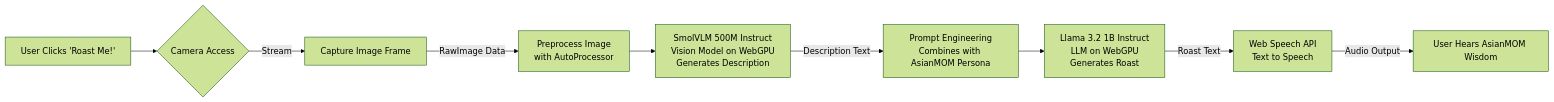
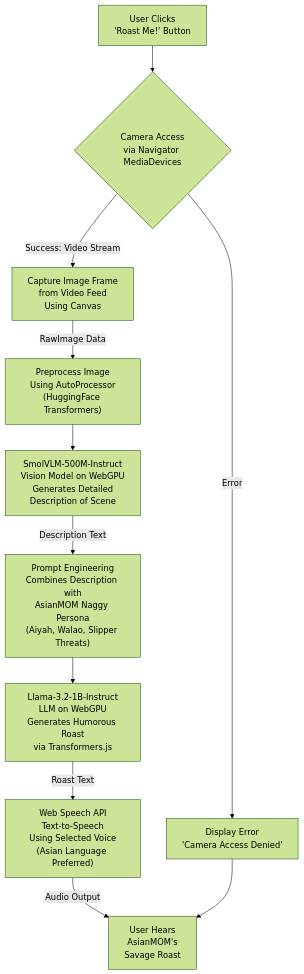
The diagram in README.md (Kuberwastaken/AsianMOM), drawn with Mermaid (forest theme) before and after one commit.

Commit message:
Fixed Mermaid Chart in README (acutally)

````diff
--- a/README.md
+++ b/README.md
@@ -116,11 +116,13 @@
 ```mermaid
-graph LR
-    A[User Clicks 'Roast Me!'] --> B{Camera Access}
-    B -- Stream --> C[Capture Image Frame]
-    C -- RawImage Data --> D[Preprocess Image\nwith AutoProcessor]
-    D --> E[SmolVLM 500M Instruct\nVision Model on WebGPU\nGenerates Description]
-    E -- Description Text --> F[Prompt Engineering\nCombines with AsianMOM Persona]
-    F --> G[Llama 3.2 1B Instruct\nLLM on WebGPU\nGenerates Roast]
-    G -- Roast Text --> H[Web Speech API\nText to Speech]
-    H -- Audio Output --> I[User Hears AsianMOM Wisdom]
+graph TD
+    A["User Clicks<br>'Roast Me!' Button"] --> B{"Camera Access<br>via Navigator MediaDevices"}
+    B -->|Success: Video Stream| C["Capture Image Frame<br>from Video Feed<br>Using Canvas"]
+    B -->|Error| X["Display Error<br>'Camera Access Denied'"]
+    C -->|RawImage Data| D["Preprocess Image<br>Using AutoProcessor<br>(HuggingFace Transformers)"]
+    D --> E["SmolVLM-500M-Instruct<br>Vision Model on WebGPU<br>Generates Detailed<br>Description of Scene"]
+    E -->|Description Text| F["Prompt Engineering<br>Combines Description with<br>AsianMOM Naggy Persona<br>(Aiyah, Walao, Slipper Threats)"]
+    F --> G["Llama-3.2-1B-Instruct<br>LLM on WebGPU<br>Generates Humorous Roast<br>via Transformers.js"]
+    G -->|Roast Text| H["Web Speech API<br>Text-to-Speech<br>Using Selected Voice<br>(Asian Language Preferred)"]
+    H -->|Audio Output| I["User Hears<br>AsianMOM's<br>Savage Roast"]
+    X --> I
 ```
````
